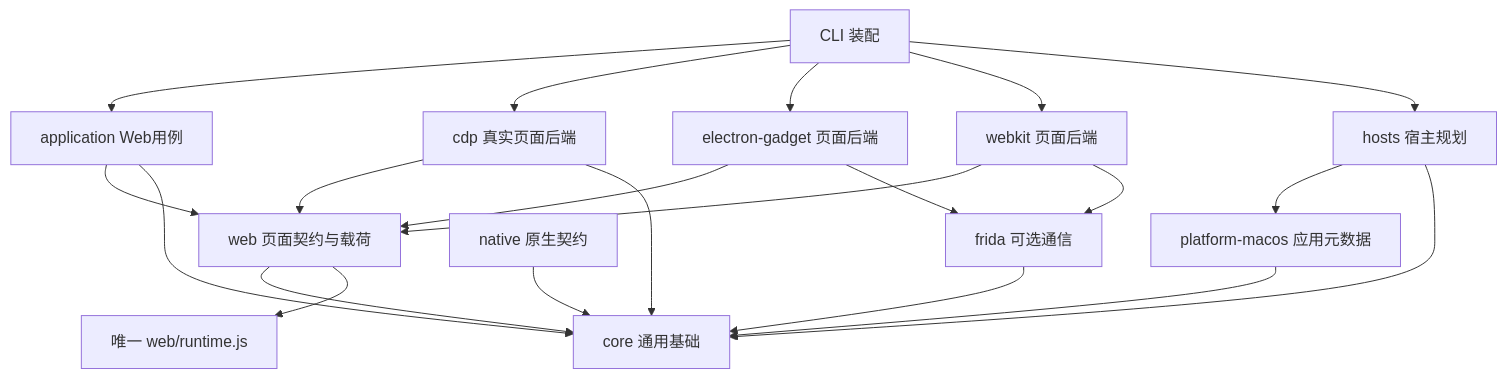
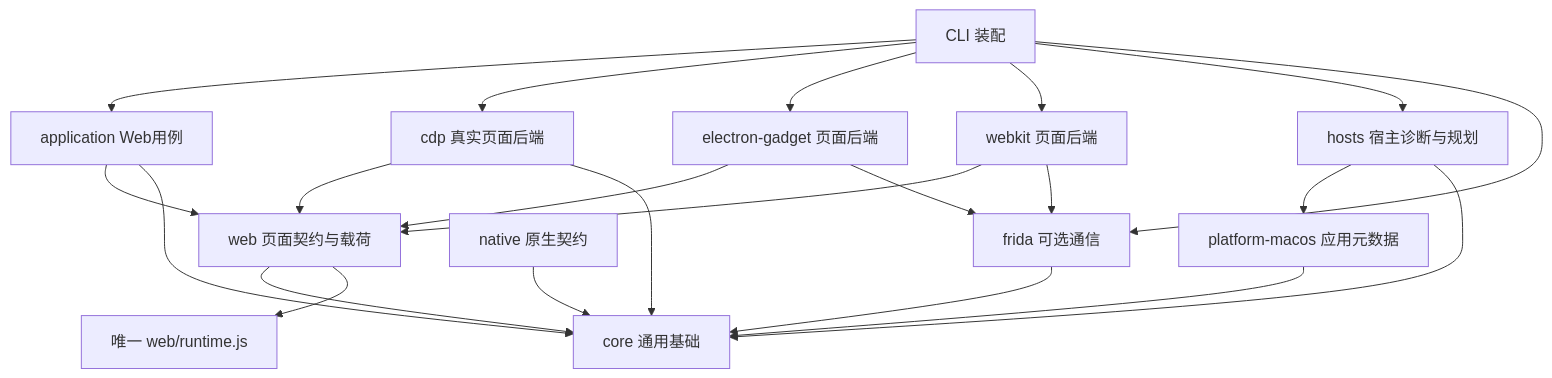
The diagram in docs/architecture/boundaries.md (sqmw/injectra), drawn with Mermaid before and after one commit. The commit also changed other lines of this file and 31 other files, not shown here.

Commit message:
feat(hosts,frida,cli): add inspect-app diagnostics and session subcommands (T-084)

````diff
--- a/docs/architecture/boundaries.md
+++ b/docs/architecture/boundaries.md
@@ -9,23 +9,24 @@
 ```mermaid
 flowchart TD
   CLI[CLI 装配] --> APP[application Web用例]
   CLI --> CDP[cdp 真实页面后端]
   CLI --> EG[electron-gadget 页面后端]
   CLI --> WK[webkit 页面后端]
   EG --> WEB
   WK --> WEB
   EG --> FRIDA[frida 可选通信]
   WK --> FRIDA
   FRIDA --> CORE
-  CLI --> HOST[hosts 宿主规划]
+  CLI --> HOST[hosts 宿主诊断与规划]
+  CLI --> FRIDA
   APP --> WEB[web 页面契约与载荷]
   CDP --> WEB
   WEB --> CORE[core 通用基础]
   APP --> CORE
   CDP --> CORE
   NATIVE[native 原生契约] --> CORE
   HOST --> MAC[platform-macos 应用元数据]
   HOST --> CORE
   MAC --> CORE
   WEB --> JS[唯一 web/runtime.js]
 ```
````
